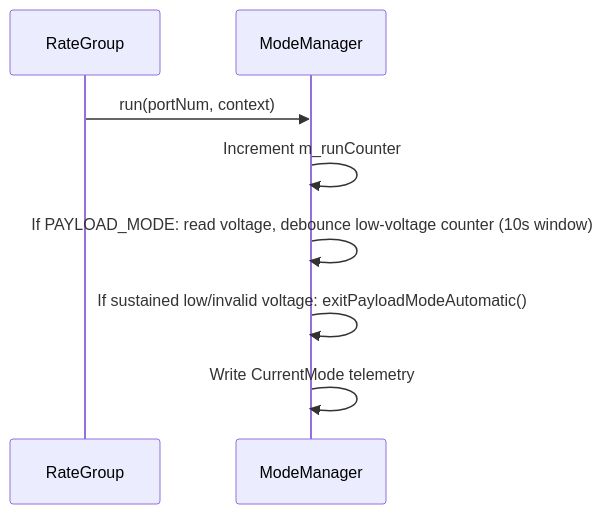
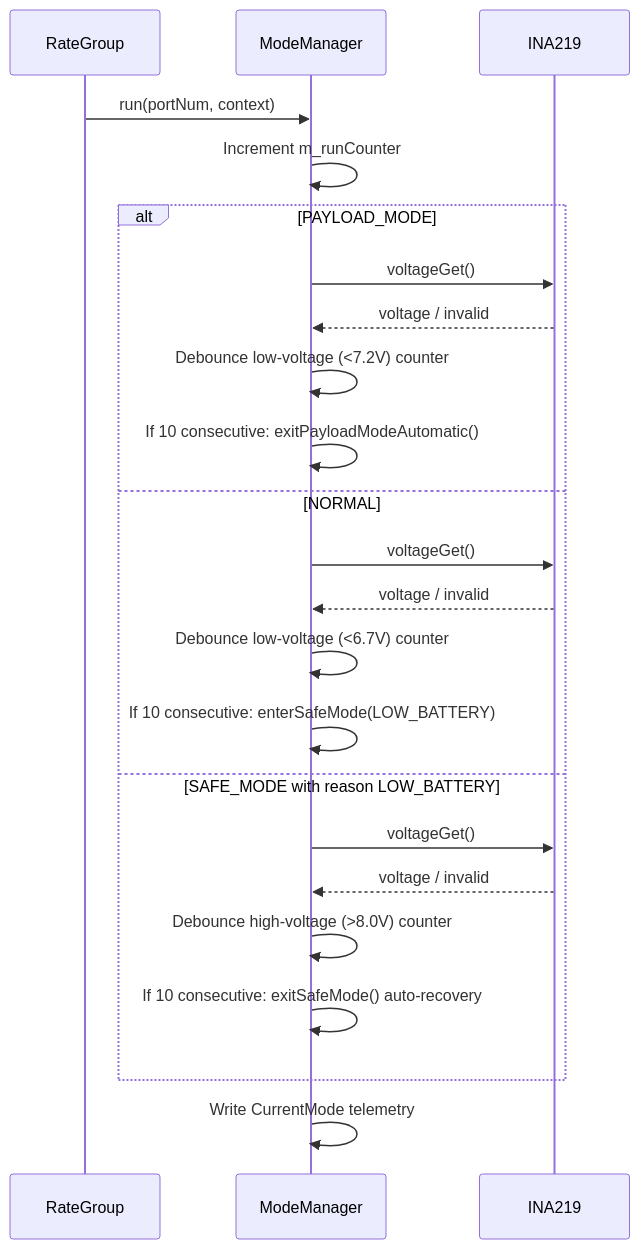
One commit to Open-Source-Space-Foundation/proves-core-reference changed the ninth of 13 diagrams in FprimeZephyrReference/Components/ModeManager/docs/sdd.md. Above: the diagram before and after it, drawn with Mermaid. The commit also changed other lines of this file and 3 other files, not shown here.

Commit message:
update safe to normal mode auto switch

````diff
--- a/FprimeZephyrReference/Components/ModeManager/docs/sdd.md
+++ b/FprimeZephyrReference/Components/ModeManager/docs/sdd.md
@@ -331,11 +399,26 @@
 ```mermaid
 sequenceDiagram
     participant RateGroup
     participant ModeManager
+    participant INA219
 
     RateGroup->>ModeManager: run(portNum, context)
     ModeManager->>ModeManager: Increment m_runCounter
-    ModeManager->>ModeManager: If PAYLOAD_MODE: read voltage, debounce low-voltage counter (10s window)
-    ModeManager->>ModeManager: If sustained low/invalid voltage: exitPayloadModeAutomatic()
+    alt PAYLOAD_MODE
+        ModeManager->>INA219: voltageGet()
+        INA219-->>ModeManager: voltage / invalid
+        ModeManager->>ModeManager: Debounce low-voltage (<7.2V) counter
+        ModeManager->>ModeManager: If 10 consecutive: exitPayloadModeAutomatic()
+    else NORMAL
+        ModeManager->>INA219: voltageGet()
+        INA219-->>ModeManager: voltage / invalid
+        ModeManager->>ModeManager: Debounce low-voltage (<6.7V) counter
+        ModeManager->>ModeManager: If 10 consecutive: enterSafeMode(LOW_BATTERY)
+    else SAFE_MODE with reason LOW_BATTERY
+        ModeManager->>INA219: voltageGet()
+        INA219-->>ModeManager: voltage / invalid
+        ModeManager->>ModeManager: Debounce high-voltage (>8.0V) counter
+        ModeManager->>ModeManager: If 10 consecutive: exitSafeMode() auto-recovery
+    end
     ModeManager->>ModeManager: Write CurrentMode telemetry
 ```
````
